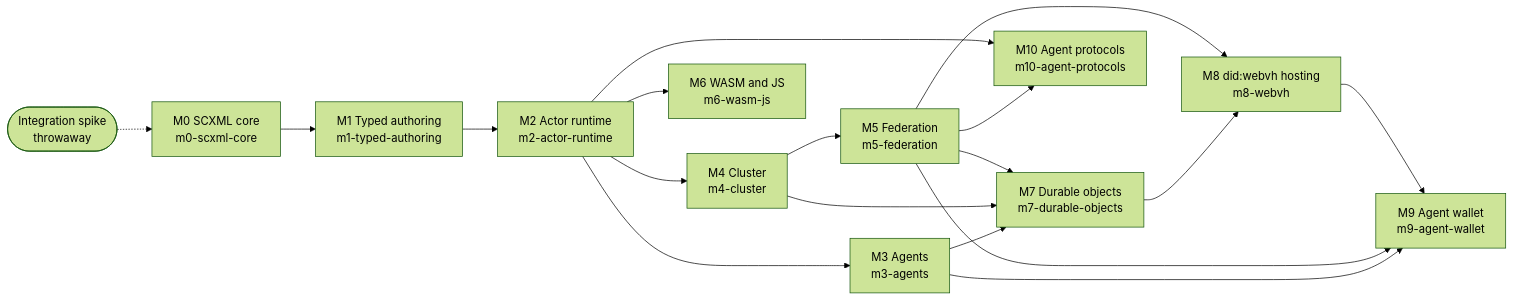
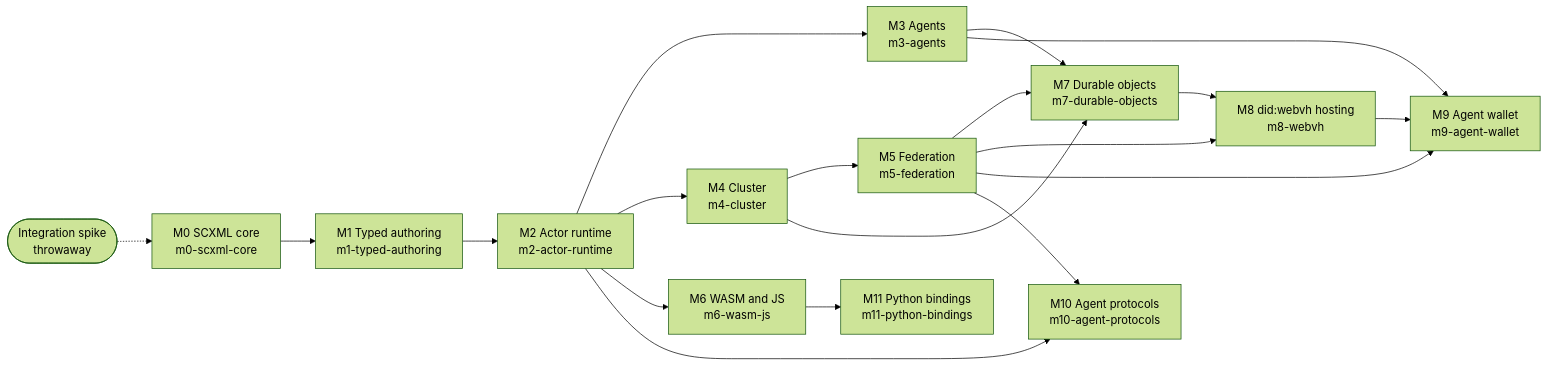
One commit to Volland/vertep changed the diagram in tg.md/roadmap.md. Above: the diagram before and after it, drawn with Mermaid (forest theme). The commit also changed other lines of this file and 57 other files, not shown here.

First line of the commit message:
M11 Python bindings: vertep-py extension, vertep package, examples, docs, PyPI release workflow

````diff
--- a/tg.md/roadmap.md
+++ b/tg.md/roadmap.md
@@ -9,20 +9,21 @@
 ```mermaid
 flowchart LR
     M0["M0 SCXML core<br/>m0-scxml-core"] --> M1["M1 Typed authoring<br/>m1-typed-authoring"]
     M1 --> M2["M2 Actor runtime<br/>m2-actor-runtime"]
     M2 --> M3["M3 Agents<br/>m3-agents"]
     M2 --> M4["M4 Cluster<br/>m4-cluster"]
     M4 --> M5["M5 Federation<br/>m5-federation"]
     M2 --> M6["M6 WASM and JS<br/>m6-wasm-js"]
     M3 --> M7["M7 Durable objects<br/>m7-durable-objects"]
     M4 --> M7
     M5 --> M7
     M7 --> M8["M8 did:webvh hosting<br/>m8-webvh"]
     M5 --> M8
     M3 --> M9["M9 Agent wallet<br/>m9-agent-wallet"]
     M5 --> M9
     M8 --> M9
     M5 --> M10["M10 Agent protocols<br/>m10-agent-protocols"]
     M2 --> M10
+    M6 --> M11["M11 Python bindings<br/>m11-python-bindings"]
     S(["Integration spike<br/>throwaway"]) -.-> M0
 ```
````
